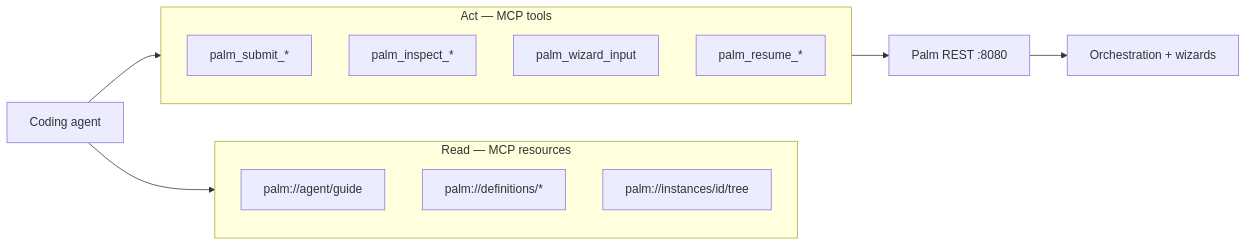
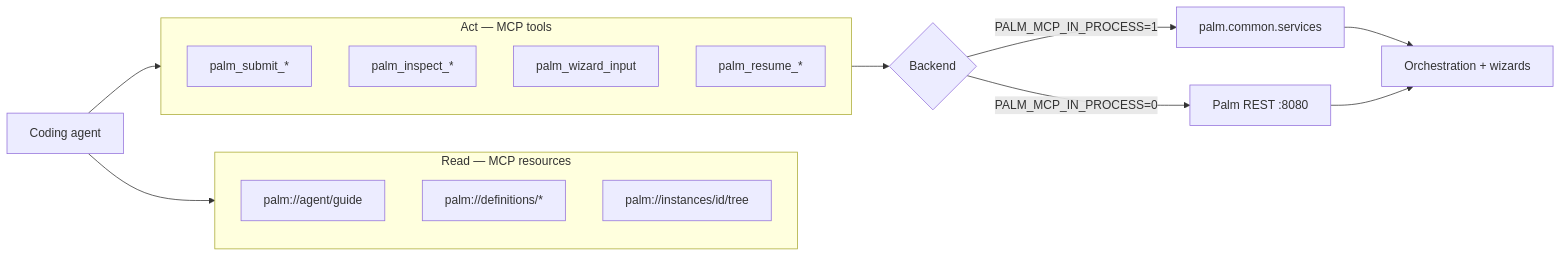
One commit to JGabrielGruber/palmengine changed the diagram in docs/MCP.md. Above: the diagram before and after it, drawn with Mermaid. The commit also changed other lines of this file and 14 other files, not shown here.

First line of the commit message:
docs: add 0.15 vision, ADR 004, and architecture updates

````diff
--- a/docs/MCP.md
+++ b/docs/MCP.md
@@ -22,18 +22,21 @@
 ```mermaid
 flowchart LR
     subgraph read [Read — MCP resources]
         Guide[palm://agent/guide]
         Catalogs[palm://definitions/*]
         Tree[palm://instances/id/tree]
     end
     subgraph act [Act — MCP tools]
         Submit[palm_submit_*]
         Inspect[palm_inspect_*]
         Input[palm_wizard_input]
         Resume[palm_resume_*]
     end
     Agent[Coding agent] --> read
     Agent --> act
-    act --> REST[Palm REST :8080]
-    REST --> Engine[Orchestration + wizards]
+    act --> Backend{Backend}
+    Backend -->|PALM_MCP_IN_PROCESS=1| Services[palm.common.services]
+    Services --> Engine[Orchestration + wizards]
+    Backend -->|PALM_MCP_IN_PROCESS=0| REST[Palm REST :8080]
+    REST --> Engine
 ```
````
